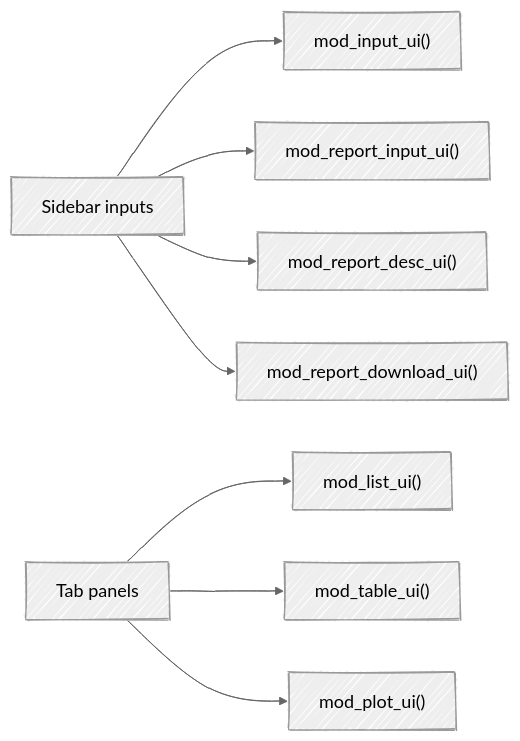
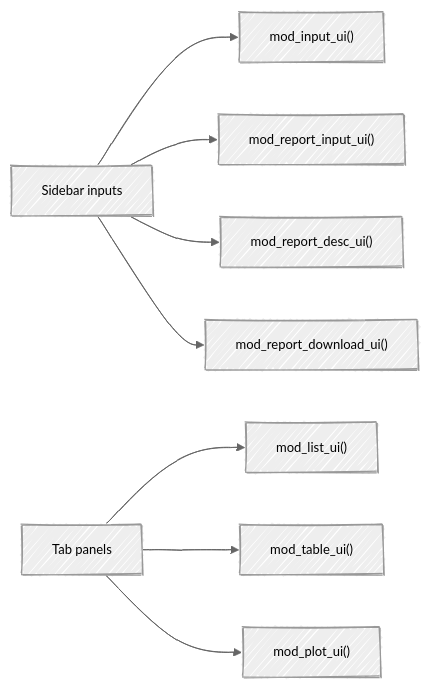
The second of 3 diagrams in README.md (mjfrigaard/ttdviewer), drawn with Mermaid before and after one commit. The commit also changed other lines of this file, not shown here.

````diff
--- a/README.md
+++ b/README.md
@@ -62,11 +62,11 @@
 ``` mermaid
-%%{init: {'theme': 'neutral', 'look': 'handDrawn', 'themeVariables': { 'fontFamily': 'monospace', "fontSize":"18px"}}}%%
+%%{init: {'theme': 'neutral', 'look': 'handDrawn', 'themeVariables': { 'fontFamily': 'monospace', 'fontSize':'13px'}}}%%
 flowchart LR
   Sidebar["Sidebar inputs"] --> InputUI["mod_input_ui()"]
   Sidebar --> ReportUI["mod_report_input_ui()"]
   Sidebar --> ReportDescUI["mod_report_desc_ui()"]
   Sidebar --> ReportDownloadUI["mod_report_download_ui()"]
   Tabs["Tab panels"] --> ListUI["mod_list_ui()"]
   Tabs --> TableUI["mod_table_ui()"]
   Tabs --> PlotUI["mod_plot_ui()"]
 ```
````
